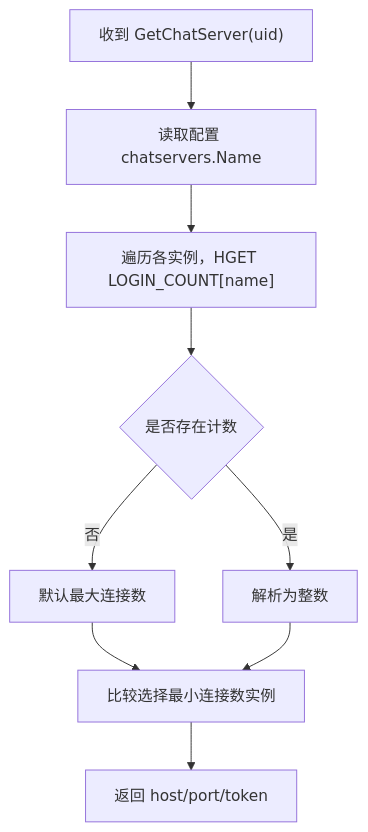
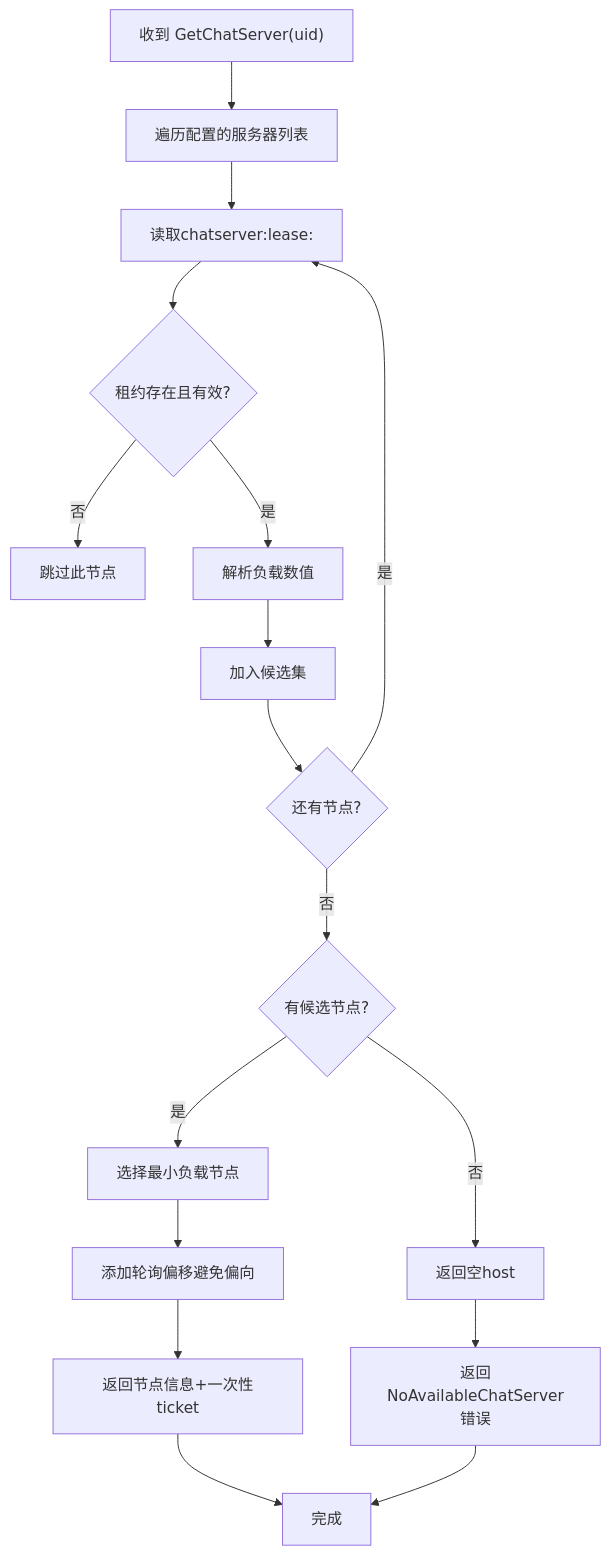
The fifth of 7 diagrams in .qoder/repowiki/zh/content/分布式系统/服务治理/服务注册与发现.md (echo9923/mychatter), drawn with Mermaid before and after one commit. The commit also changed other lines of this file and 107 other files, not shown here.

````diff
--- a/.qoder/repowiki/zh/content/分布式系统/服务治理/服务注册与发现.md
+++ b/.qoder/repowiki/zh/content/分布式系统/服务治理/服务注册与发现.md
@@ -255,11 +191,19 @@
 ```mermaid
 flowchart TD
-A["收到 GetChatServer(uid)"] --> B["读取配置 chatservers.Name"]
-B --> C["遍历各实例，HGET LOGIN_COUNT[name]"]
-C --> D{"是否存在计数"}
-D --> |否| E["默认最大连接数"]
-D --> |是| F["解析为整数"]
-E --> G["比较选择最小连接数实例"]
-F --> G
-G --> H["返回 host/port/token"]
+A["收到 GetChatServer(uid)"] --> B["遍历配置的服务器列表"]
+B --> C["读取chatserver:lease:<name>"]
+C --> D{"租约存在且有效?"}
+D --> |否| E["跳过此节点"]
+D --> |是| F["解析负载数值"]
+F --> G["加入候选集"]
+G --> H{"还有节点?"}
+H --> |是| C
+H --> |否| I{"有候选节点?"}
+I --> |否| J["返回空host"]
+I --> |是| K["选择最小负载节点"]
+K --> L["添加轮询偏移避免偏向"]
+L --> M["返回节点信息+一次性ticket"]
+J --> N["返回NoAvailableChatServer错误"]
+M --> O["完成"]
+N --> O
 ```
````
